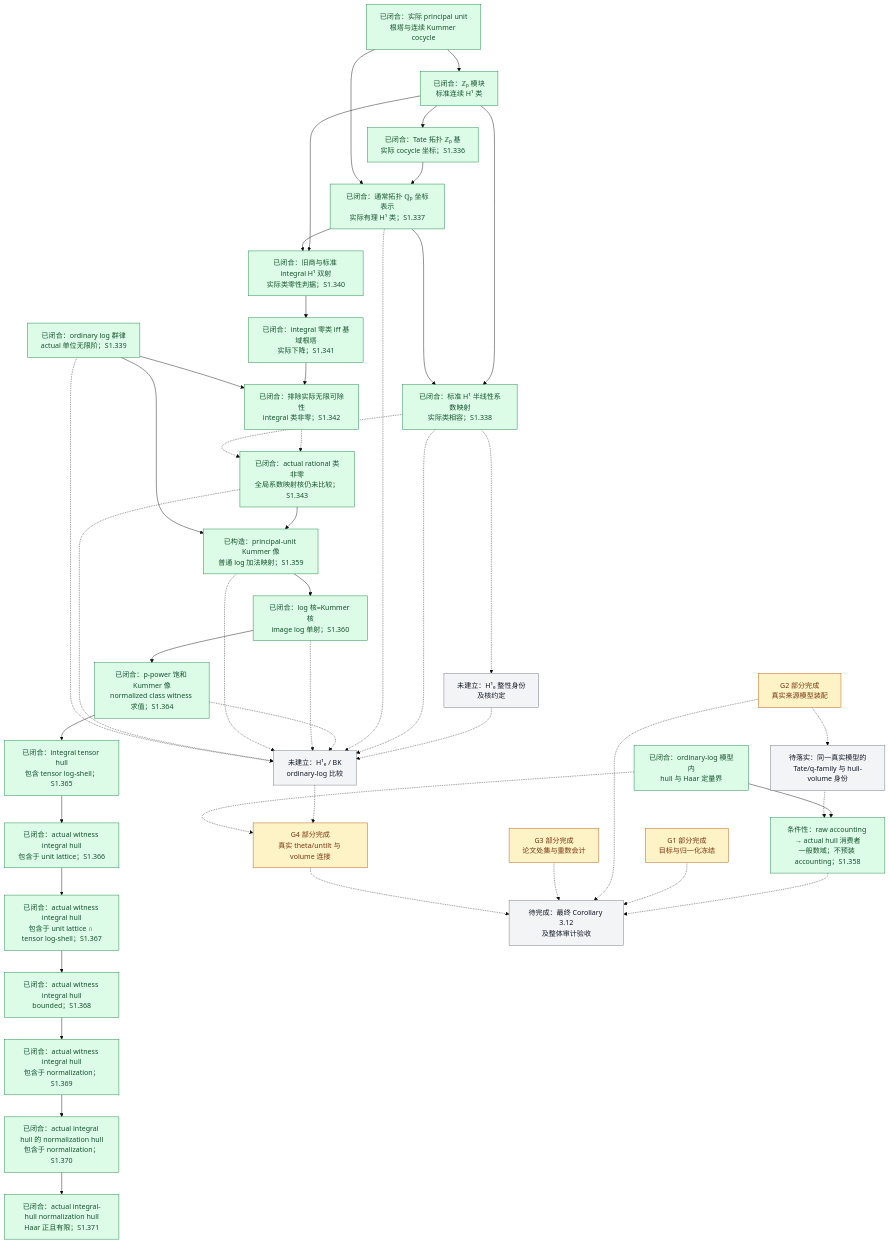
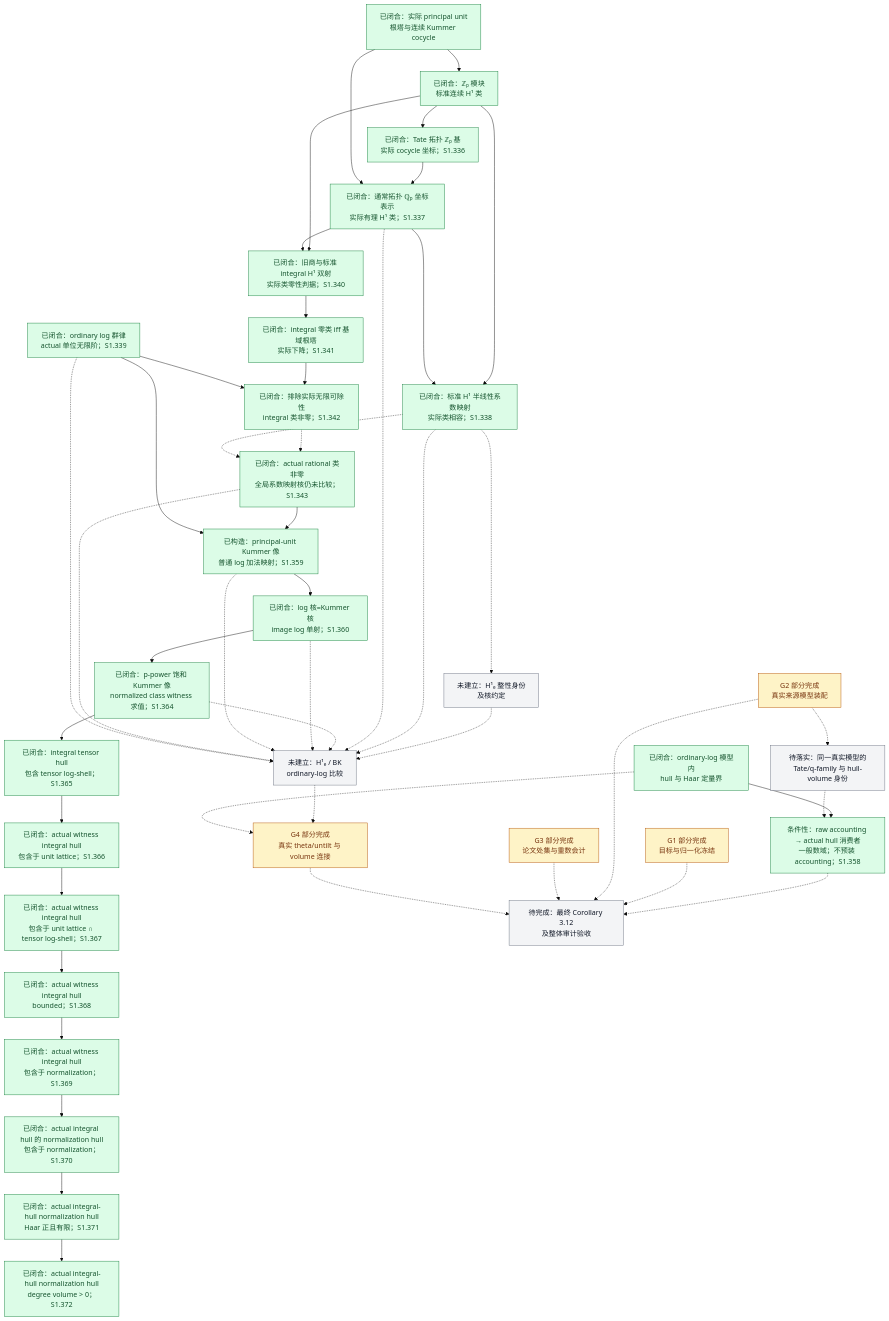
One commit to Ember-Institute/KirtiJoshi-abc changed the diagram in docs/Scene1进度总览.md. Above: the diagram before and after it, drawn with Mermaid (base theme). The commit also changed other lines of this file and 4 other files, not shown here.

Commit message:
Record S1.372 positive degree volume

```diff
--- a/docs/Scene1进度总览.md
+++ b/docs/Scene1进度总览.md
@@ -94,6 +94,7 @@
     TN["已闭合：actual witness integral hull<br/>包含于 normalization；S1.369"]
     TH["已闭合：actual integral hull 的 normalization hull<br/>包含于 normalization；S1.370"]
     HV["已闭合：actual integral-hull normalization hull<br/>Haar 正且有限；S1.371"]
+    VP["已闭合：actual integral-hull normalization hull<br/>degree volume > 0；S1.372"]
     B["未建立：H¹ₑ / BK<br/>ordinary-log 比较"]
     H["已闭合：ordinary-log 模型内<br/>hull 与 Haar 定量界"]
     L["已闭合：ordinary log 群律<br/>actual 单位无限阶；S1.339"]
@@ -134,6 +135,7 @@
     TB --> TN
     TN --> TH
     TH --> HV
+    HV --> VP
     KK -.-> B
     KL -.-> B
     NQ -.-> B
@@ -155,7 +157,7 @@
     class K,Z,T,Q,H,I,L,C0,R0,N0 done;
     class G1,G2,G3,V partial;
     class J,B,C,VH open;
-    class RH,KS,TS,TU,TI,TB,TN,TH,HV done;
+    class RH,KS,TS,TU,TI,TB,TN,TH,HV,VP done;
     class KK done;
     class KL done;
     class NQ done;
```
